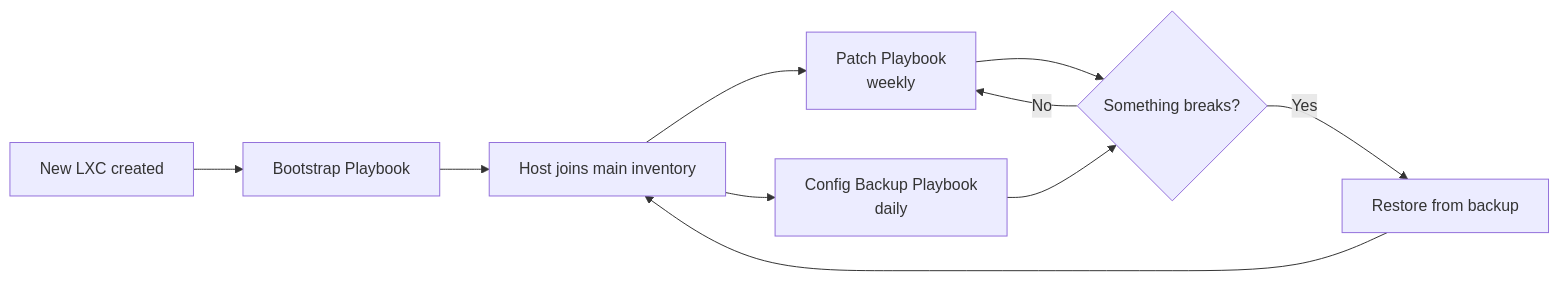
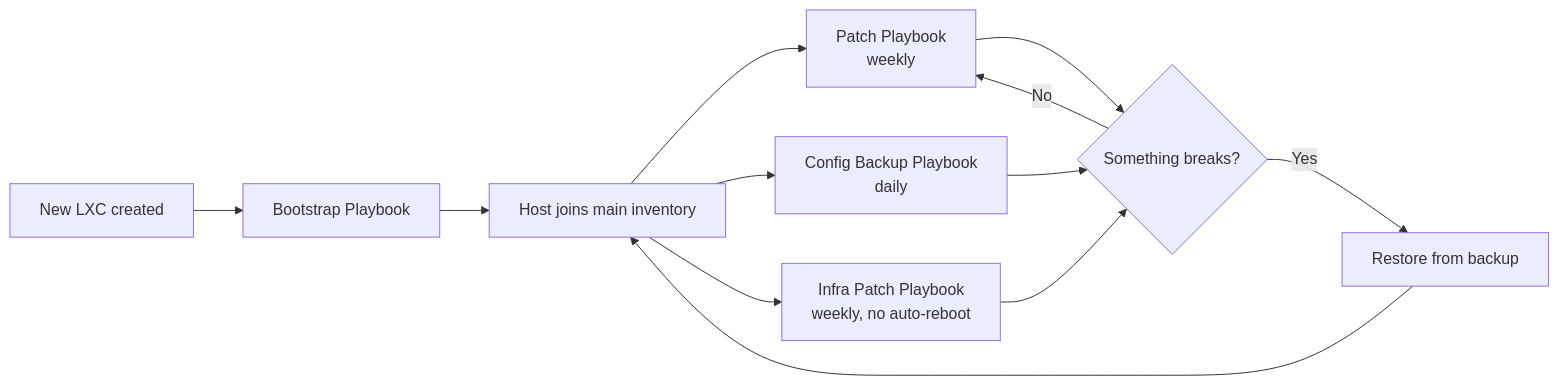
The diagram in docs/home-lab/services/ansible-lifecycle-overview.md (doyenkbs/MKDocs), drawn with Mermaid before and after one commit. The commit also changed other lines of this file and 2 other files, not shown here.

First line of the commit message:
docs(ansible): split inventory by risk tier, add infra patch playbook

````diff
--- a/docs/home-lab/services/ansible-lifecycle-overview.md
+++ b/docs/home-lab/services/ansible-lifecycle-overview.md
@@ -7,12 +14,14 @@
 ```mermaid
 flowchart LR
     A[New LXC created] --> B[Bootstrap Playbook]
     B --> C[Host joins main inventory]
     C --> D[Patch Playbook<br/>weekly]
     C --> E[Config Backup Playbook<br/>daily]
+    C --> H[Infra Patch Playbook<br/>weekly, no auto-reboot]
     D --> F{Something breaks?}
     E --> F
+    H --> F
     F -->|Yes| G[Restore from backup]
     F -->|No| D
     G --> C
 ```
````
